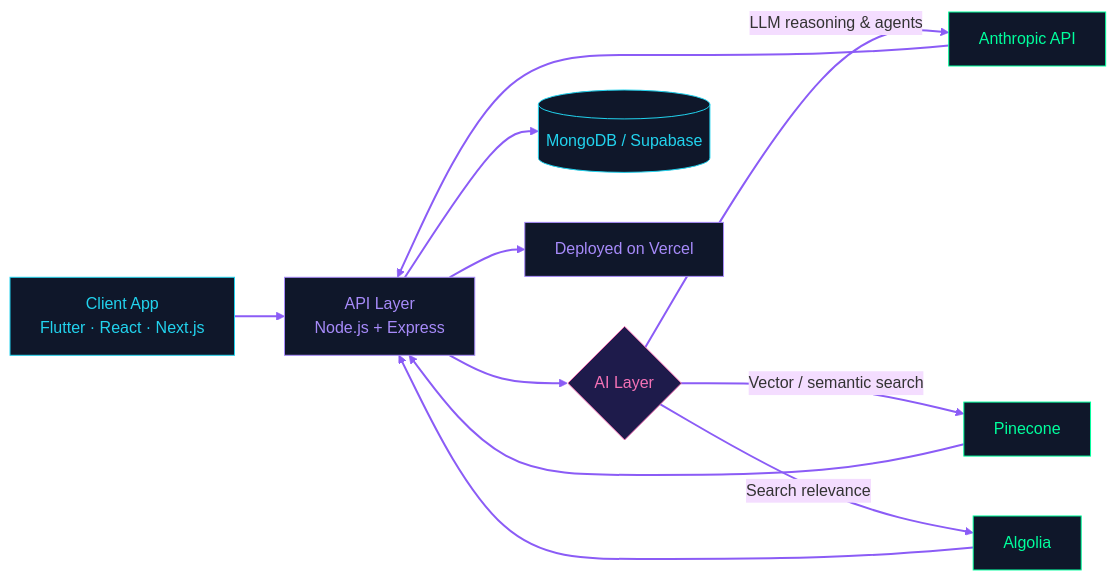
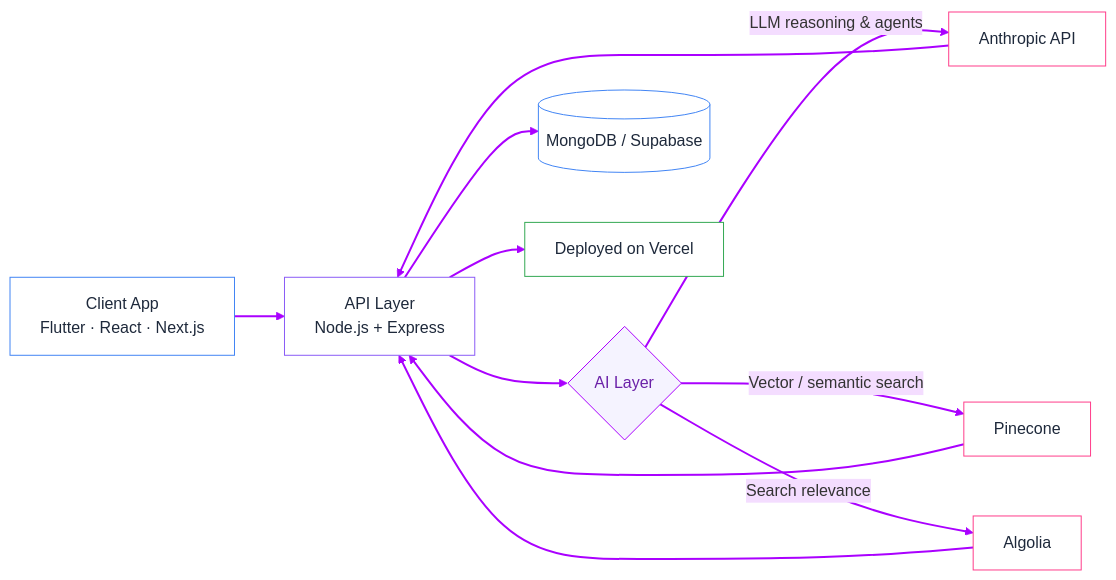
The diagram in README.md (Zaibten/Zaibten), drawn with Mermaid (base theme) before and after one commit. The commit also changed other lines of this file, not shown here.

````diff
--- a/README.md
+++ b/README.md
@@ -54,23 +57,23 @@
 ```mermaid
 flowchart LR
     A[Client App<br/>Flutter · React · Next.js] --> B[API Layer<br/>Node.js + Express]
     B --> C{AI Layer}
     C -->|LLM reasoning & agents| D[Anthropic API]
     C -->|Vector / semantic search| E[Pinecone]
     C -->|Search relevance| F[Algolia]
     B --> G[(MongoDB / Supabase)]
     D --> B
     E --> B
     F --> B
     B --> H[Deployed on Vercel]
 
-    style A fill:#0f172a,stroke:#22d3ee,color:#22d3ee
-    style B fill:#0f172a,stroke:#a78bfa,color:#a78bfa
-    style C fill:#1e1b4b,stroke:#f472b6,color:#f472b6
-    style D fill:#0f172a,stroke:#00ff9d,color:#00ff9d
-    style E fill:#0f172a,stroke:#00ff9d,color:#00ff9d
-    style F fill:#0f172a,stroke:#00ff9d,color:#00ff9d
-    style G fill:#0f172a,stroke:#22d3ee,color:#22d3ee
-    style H fill:#0f172a,stroke:#a78bfa,color:#a78bfa
-    linkStyle default stroke:#8b5cf6,stroke-width:2px
+    style A fill:#ffffff,stroke:#4285F4,color:#1e293b
+    style B fill:#ffffff,stroke:#8B5CF6,color:#1e293b
+    style C fill:#f5f3ff,stroke:#AA00FF,color:#6b21a8
+    style D fill:#ffffff,stroke:#FF3D8A,color:#1e293b
+    style E fill:#ffffff,stroke:#FF3D8A,color:#1e293b
+    style F fill:#ffffff,stroke:#FF3D8A,color:#1e293b
+    style G fill:#ffffff,stroke:#4285F4,color:#1e293b
+    style H fill:#ffffff,stroke:#34A853,color:#1e293b
+    linkStyle default stroke:#AA00FF,stroke-width:2px
 ```
````
